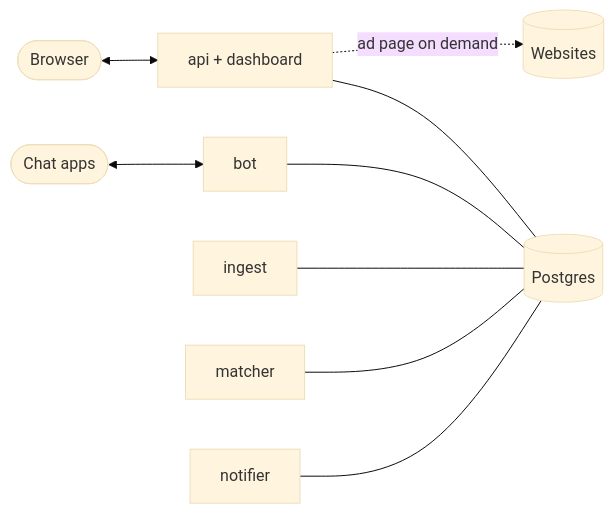
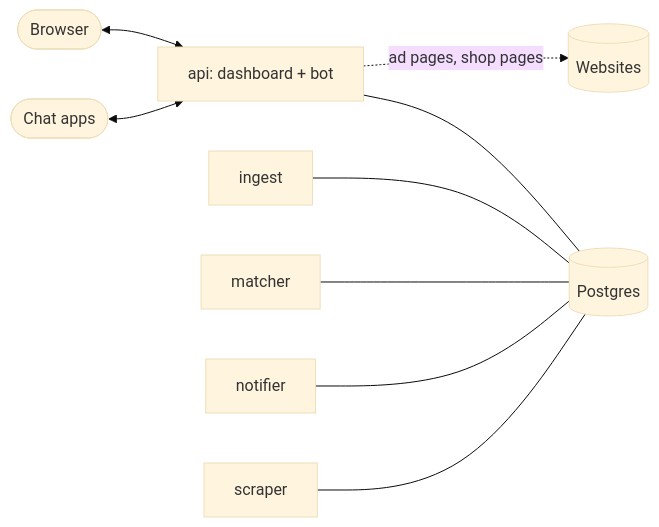
The second of 6 diagrams in docs/architecture.md (A1nar-S/ad-monitor), drawn with Mermaid (base theme) before and after one commit. The commit also changed other lines of this file and 69 other files, not shown here.

````diff
--- a/docs/architecture.md
+++ b/docs/architecture.md
@@ -45,9 +55,9 @@
 ```mermaid
 flowchart LR
-    user([Browser]) <--> api[api + dashboard]
-    chat([Chat apps]) <--> bot
-    api -.->|ad page on demand| sites[(Websites)]
+    user([Browser]) <--> api[api: dashboard + bot]
+    chat([Chat apps]) <--> api
+    api -.->|ad pages, shop pages| sites[(Websites)]
     pg[(Postgres)]
-    api & bot --- pg
-    ingest & matcher & notifier --- pg
+    api --- pg
+    ingest & matcher & notifier & scraper --- pg
 ```
````
